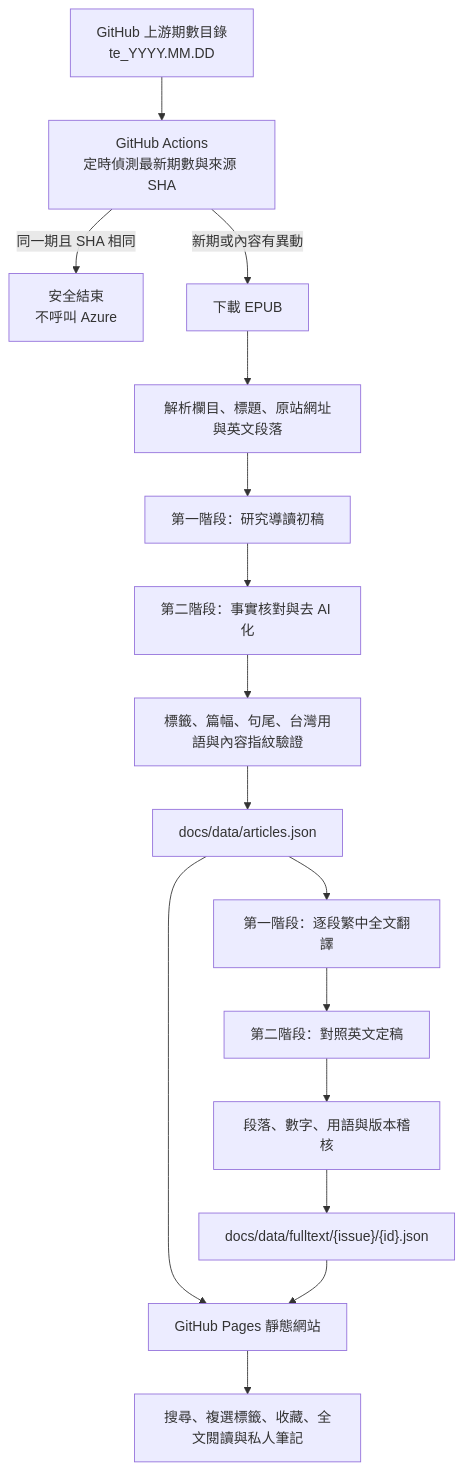
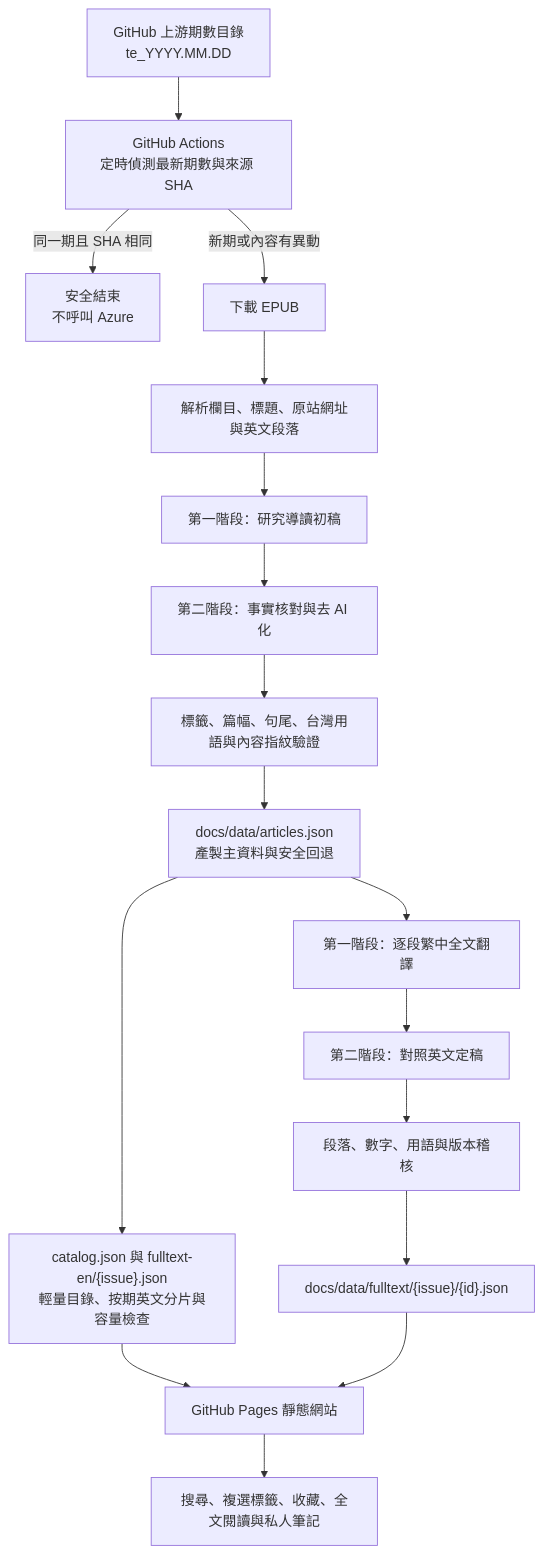
One commit to HRTECHtabf/economist-research-reader changed the diagram in PROJECT_ARCHITECTURE_AND_PROMPTS.md. Above: the diagram before and after it, drawn with Mermaid. The commit also changed other lines of this file and 21 other files, not shown here.

````diff
--- a/PROJECT_ARCHITECTURE_AND_PROMPTS.md
+++ b/PROJECT_ARCHITECTURE_AND_PROMPTS.md
@@ -20,18 +20,19 @@
 ```mermaid
 flowchart TD
   A["GitHub 上游期數目錄<br/>te_YYYY.MM.DD"] --> B["GitHub Actions<br/>定時偵測最新期數與來源 SHA"]
   B -->|"同一期且 SHA 相同"| C["安全結束<br/>不呼叫 Azure"]
   B -->|"新期或內容有異動"| D["下載 EPUB"]
   D --> E["解析欄目、標題、原站網址與英文段落"]
   E --> F["第一階段：研究導讀初稿"]
   F --> G["第二階段：事實核對與去 AI 化"]
   G --> H["標籤、篇幅、句尾、台灣用語與內容指紋驗證"]
-  H --> I["docs/data/articles.json"]
+  H --> I["docs/data/articles.json<br/>產製主資料與安全回退"]
   I --> J["第一階段：逐段繁中全文翻譯"]
   J --> K["第二階段：對照英文定稿"]
   K --> L["段落、數字、用語與版本稽核"]
   L --> M["docs/data/fulltext/{issue}/{id}.json"]
-  I --> N["GitHub Pages 靜態網站"]
+  I --> P["catalog.json 與 fulltext-en/{issue}.json<br/>輕量目錄、按期英文分片與容量檢查"]
+  P --> N["GitHub Pages 靜態網站"]
   M --> N
   N --> O["搜尋、複選標籤、收藏、全文閱讀與私人筆記"]
 ```
````
